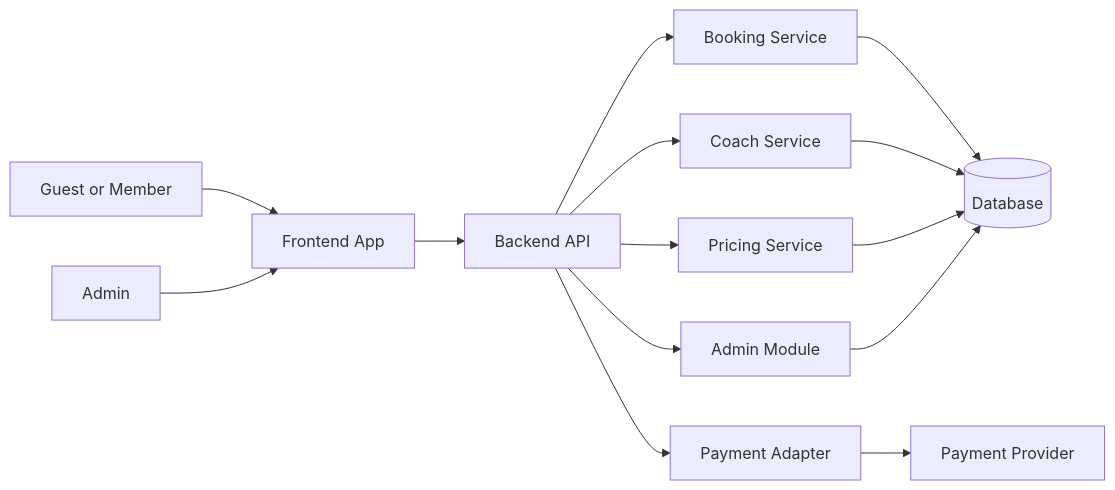
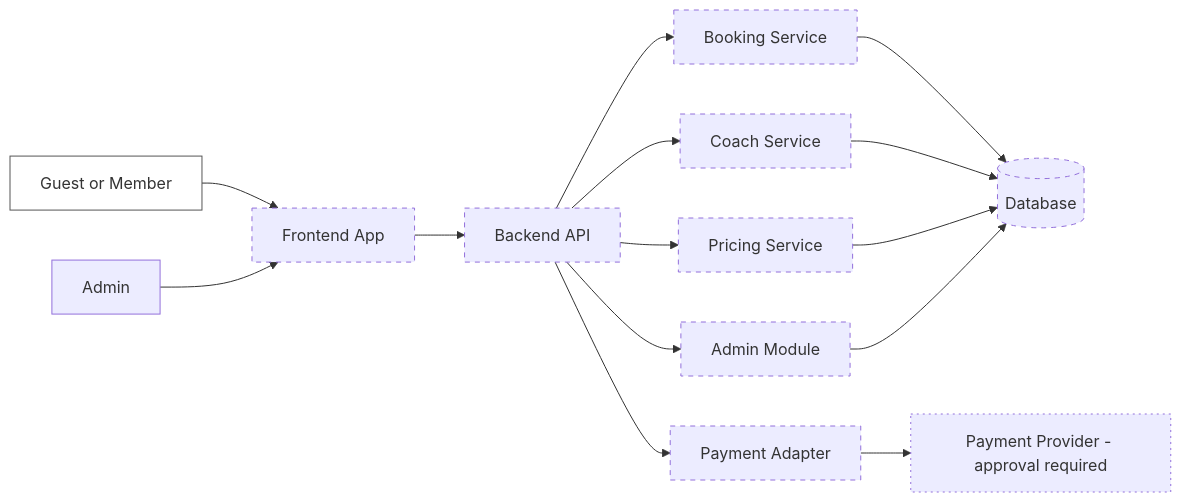
One commit to aetox-skills/senior-architect-agent changed the diagram in examples/idea-to-architecture/output/architecture-proposal.md. Above: the diagram before and after it, drawn with Mermaid. The commit also changed 11 other files, not shown here.

Commit message:
feat: expand architecture examples with risk registers and visual diagrams while updating project documentation

````diff
--- a/examples/idea-to-architecture/output/architecture-proposal.md
+++ b/examples/idea-to-architecture/output/architecture-proposal.md
@@ -58,16 +58,27 @@
 ```mermaid
 flowchart LR
-  User[Guest or Member] --> Frontend[Frontend App]
+  %% Idea-to-Architecture Mode.
+  %% All implementation components are proposed, not observed.
+  %% Payment Provider is unknown and requires approval.
+
+  User[Guest or Member]:::actor --> Frontend[Frontend App]:::proposed
   Admin[Admin] --> Frontend
-  Frontend --> API[Backend API]
-  API --> Booking[Booking Service]
-  API --> Coach[Coach Service]
-  API --> Pricing[Pricing Service]
-  API --> AdminModule[Admin Module]
-  API --> Payment[Payment Adapter]
-  Booking --> DB[(Database)]
+
+  Frontend --> API[Backend API]:::proposed
+  API --> Booking[Booking Service]:::proposed
+  API --> Coach[Coach Service]:::proposed
+  API --> Pricing[Pricing Service]:::proposed
+  API --> AdminModule[Admin Module]:::proposed
+  API --> Payment[Payment Adapter]:::proposed
+
+  Booking --> DB[(Database)]:::proposed
   Coach --> DB
   Pricing --> DB
   AdminModule --> DB
-  Payment --> Provider[Payment Provider]
+
+  Payment --> Provider[Payment Provider - approval required]:::unknown
+
+  classDef actor fill:#fff,stroke:#555;
+  classDef proposed stroke-dasharray: 5 5;
+  classDef unknown stroke-dasharray: 2 4;
 ```
````
